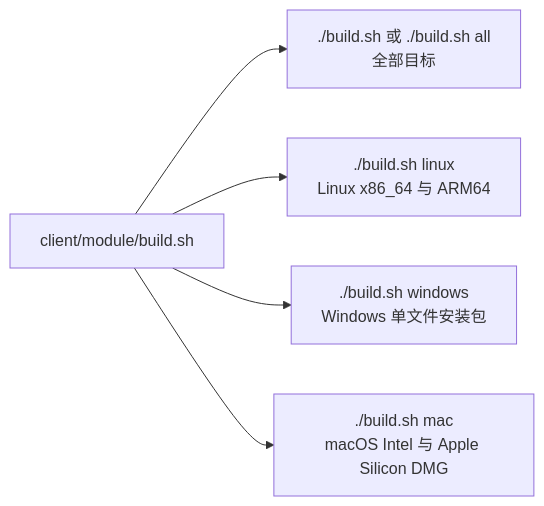
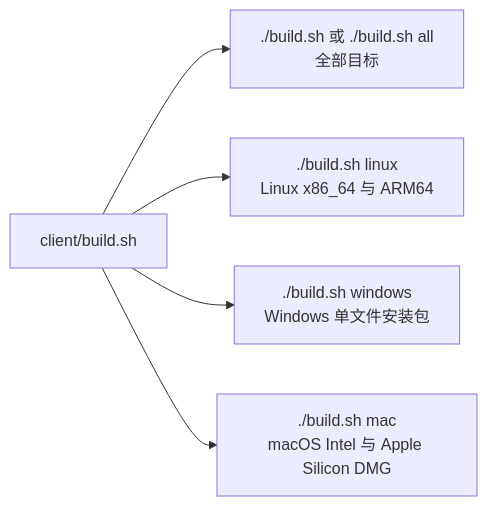
The fourth of 4 diagrams in readme.md (jwsnt/deepright), drawn with Mermaid before and after one commit. The commit also changed other lines of this file, not shown here.

````diff
--- a/readme.md
+++ b/readme.md
@@ -230,8 +230,8 @@
 ```mermaid
 flowchart LR
-    Script["client/module/build.sh"]
+    Script["client/build.sh"]
     Script --> All["./build.sh 或 ./build.sh all\n全部目标"]
     Script --> Linux["./build.sh linux\nLinux x86_64 与 ARM64"]
     Script --> Windows["./build.sh windows\nWindows 单文件安装包"]
     Script --> Mac["./build.sh mac\nmacOS Intel 与 Apple Silicon DMG"]
 ```
````
